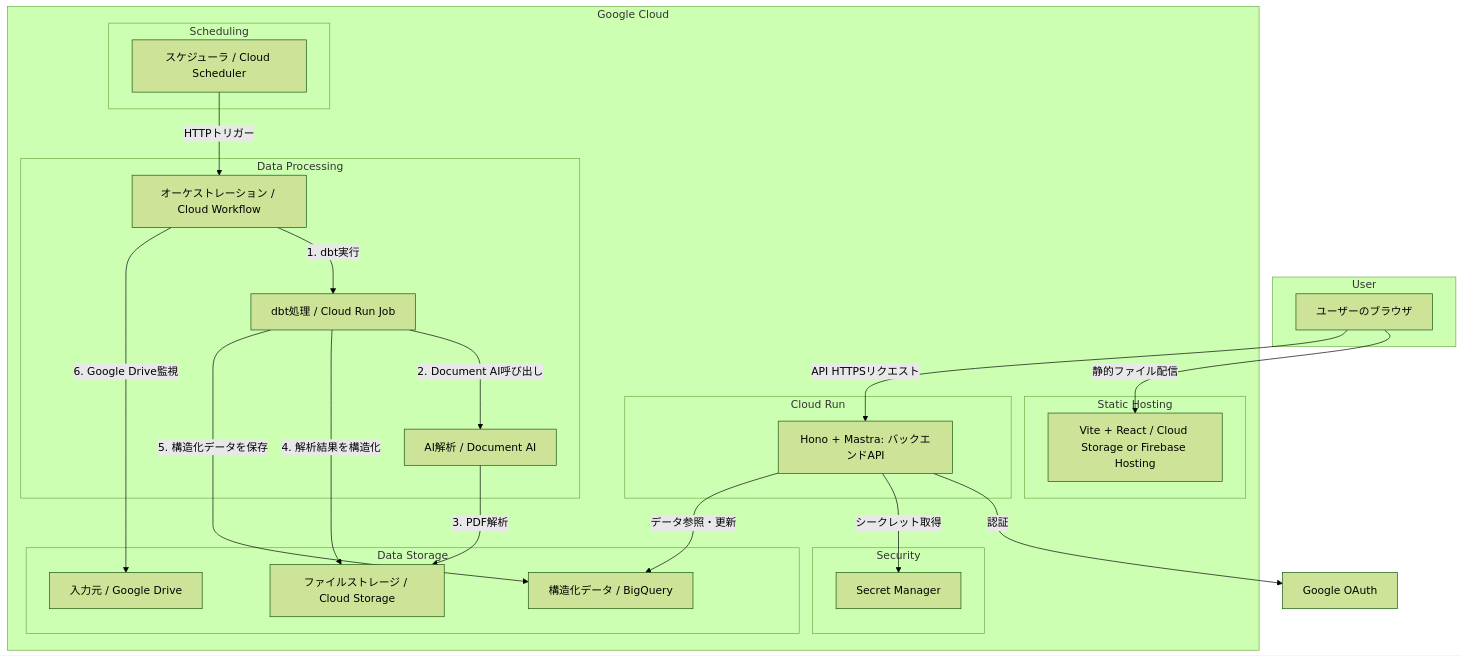
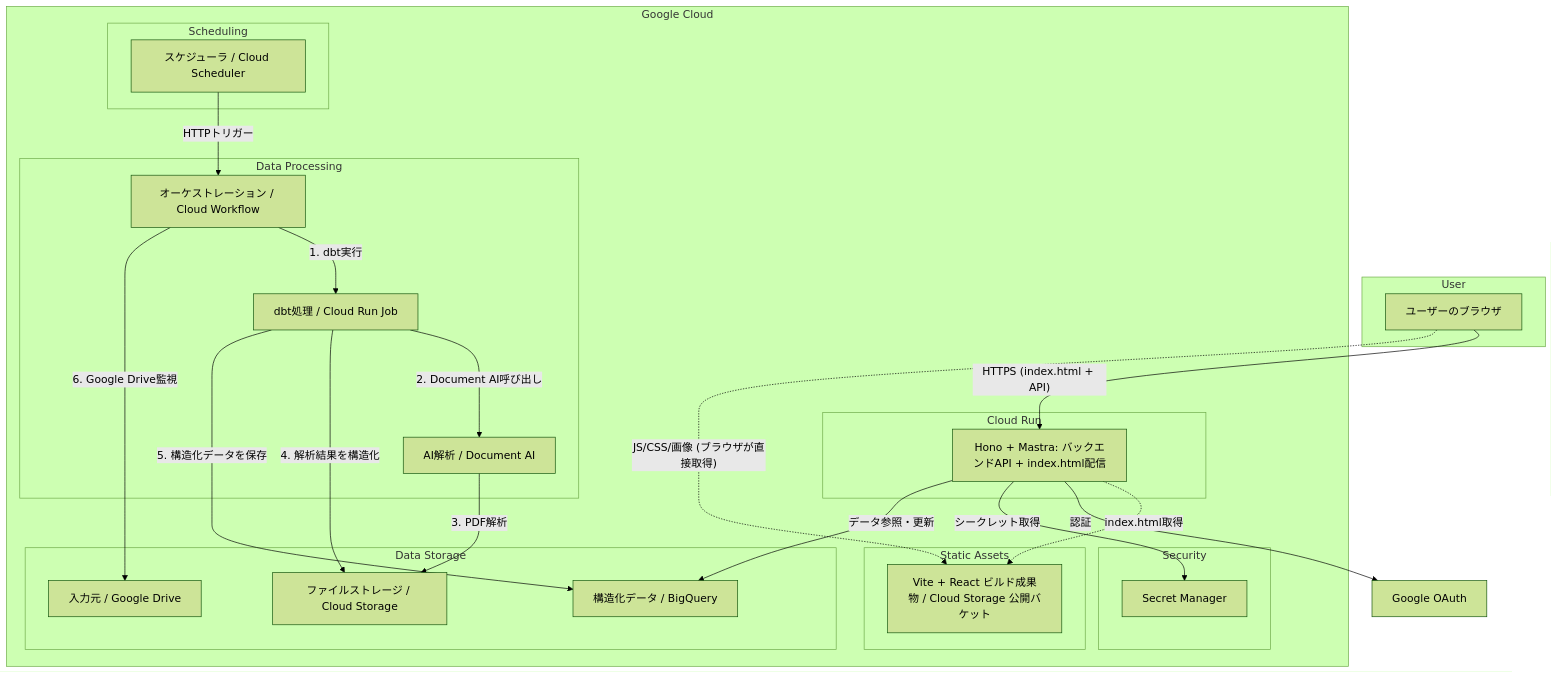
The diagram in docs/design/01_architecture.md (utky/preschool-agent), drawn with Mermaid (forest theme) before and after one commit. The commit also changed other lines of this file and 5 other files, not shown here.

First line of the commit message:
docs: 同一オリジン構成(backend→index.html配信)に合わせてドキュメントを整合

````diff
--- a/docs/design/01_architecture.md
+++ b/docs/design/01_architecture.md
@@ -7,44 +7,45 @@
 ```mermaid
 graph TD
     subgraph User
         U[ユーザーのブラウザ]
     end
 
     subgraph "Google Cloud"
-        subgraph "Static Hosting"
-            FE[Vite + React / Cloud Storage or Firebase Hosting]
+        subgraph "Cloud Run"
+            BE[Hono + Mastra: バックエンドAPI + index.html配信]
         end
-        subgraph "Cloud Run"
-            BE[Hono + Mastra: バックエンドAPI]
+        subgraph "Static Assets"
+            FE[Vite + React ビルド成果物 / Cloud Storage 公開バケット]
         end
         subgraph "Data Processing"
             C[dbt処理 / Cloud Run Job]
             D[AI解析 / Document AI]
             W[オーケストレーション / Cloud Workflow]
         end
         subgraph "Data Storage"
             E[構造化データ / BigQuery]
             F[ファイルストレージ / Cloud Storage]
             G[入力元 / Google Drive]
         end
         subgraph "Scheduling"
             H[スケジューラ / Cloud Scheduler]
         end
         subgraph "Security"
             I[Secret Manager]
         end
     end
 
-    U -- "静的ファイル配信" --> FE
-    U -- "API HTTPSリクエスト" --> BE
+    U -- "HTTPS (index.html + API)" --> BE
+    U -. "JS/CSS/画像 (ブラウザが直接取得)" .-> FE
+    BE -. "index.html取得" .-> FE
     BE -- "認証" --> Google[Google OAuth]
     BE -- "シークレット取得" --> I
     BE -- "データ参照・更新" --> E
     H -- "HTTPトリガー" --> W
     W -- "1. dbt実行" --> C
     C -- "2. Document AI呼び出し" --> D
     D -- "3. PDF解析" --> F
     C -- "4. 解析結果を構造化" --> F
     C -- "5. 構造化データを保存" --> E
     W -- "6. Google Drive監視" --> G
 ```
````
